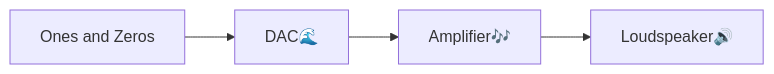
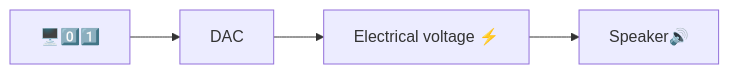
One commit to kcodedev/mkdocs changed the diagram in docs/IG/3-hardware/output-devices/speakers.md. Above: the diagram before and after it, drawn with Mermaid. The commit also changed other lines of this file and 2 other files, not shown here.

````diff
--- a/docs/IG/3-hardware/output-devices/speakers.md
+++ b/docs/IG/3-hardware/output-devices/speakers.md
@@ -28,6 +3,6 @@
 ```mermaid 
 graph LR;
-     A[Ones and Zeros] --> B[DAC🌊];
-     B --> C[Amplifier🎶];
-     C --> D[Loudspeaker🔊];
+     A[🖥️0️⃣1️⃣] --> B[DAC];
+     B --> C[Electrical voltage ⚡];
+     C --> D[Speaker🔊];
 ```
````
